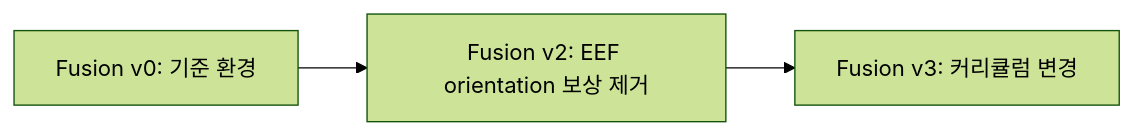
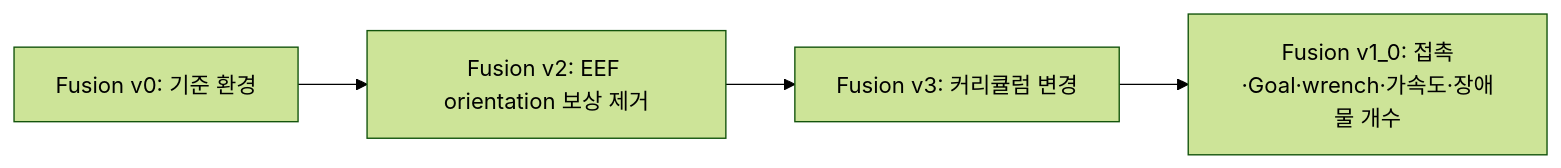
One commit to 7cmdehdrb/Contact-Rich-Manipulation-Context changed the diagram in 02_implementation/environments/CONTACT_SWEEP_CLUTTER_FUSION_VERSIONS.md. Above: the diagram before and after it, drawn with Mermaid (forest theme). The commit also changed other lines of this file and 12 other files, not shown here.

````diff
--- a/02_implementation/environments/CONTACT_SWEEP_CLUTTER_FUSION_VERSIONS.md
+++ b/02_implementation/environments/CONTACT_SWEEP_CLUTTER_FUSION_VERSIONS.md
@@ -9,5 +9,6 @@
 ```mermaid
 flowchart LR
     V0["Fusion v0: 기준 환경"] --> V2["Fusion v2: EEF orientation 보상 제거"]
     V2 --> V3["Fusion v3: 커리큘럼 변경"]
+    V3 --> V10["Fusion v1_0: 접촉·Goal·wrench·가속도·장애물 개수"]
 ```
````
